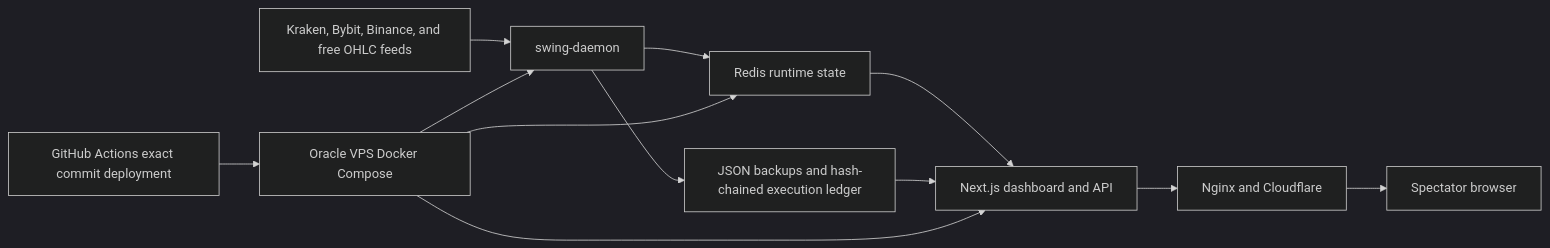
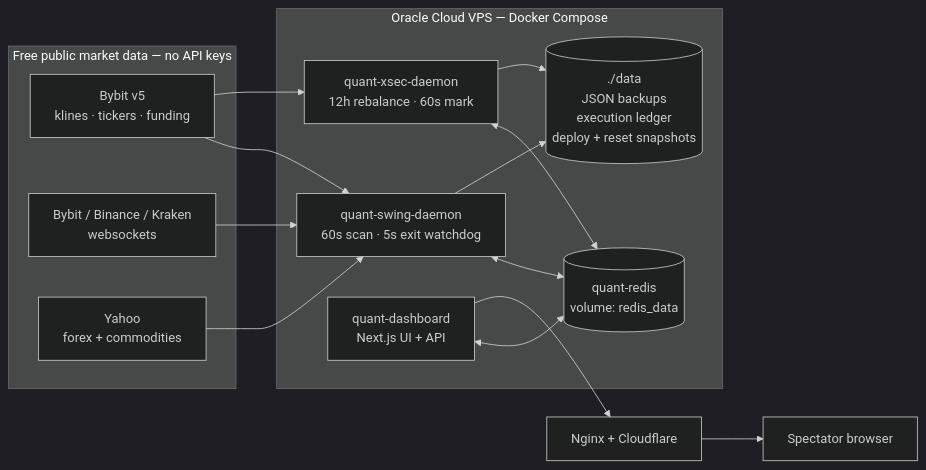
The second of 6 diagrams in docs/ARCHITECTURE.md (tejashendre/AI-paper-trading-agent), drawn with Mermaid (dark theme) before and after one commit. The commit also changed other lines of this file and 2 other files, not shown here.

First line of the commit message:
fix: make the dashboard state what is actually true

````diff
--- a/docs/ARCHITECTURE.md
+++ b/docs/ARCHITECTURE.md
@@ -22,14 +59,29 @@
 ```mermaid
 flowchart LR
-    E["Kraken, Bybit, Binance, and free OHLC feeds"] --> D["swing-daemon"]
-    D --> R["Redis runtime state"]
-    D --> F["JSON backups and hash-chained execution ledger"]
-    R --> W["Next.js dashboard and API"]
-    F --> W
-    W --> N["Nginx and Cloudflare"]
-    N --> U["Spectator browser"]
-    G["GitHub Actions exact commit deployment"] --> V["Oracle VPS Docker Compose"]
-    V --> D
-    V --> W
-    V --> R
+    subgraph FREE["Free public market data — no API keys"]
+        BYBIT["Bybit v5<br/>klines · tickers · funding"]
+        WS["Bybit / Binance / Kraken<br/>websockets"]
+        YAHOO["Yahoo<br/>forex + commodities"]
+    end
+
+    subgraph ORACLE["Oracle Cloud VPS — Docker Compose"]
+        SWINGD["quant-swing-daemon<br/>60s scan · 5s exit watchdog"]
+        XSECD["quant-xsec-daemon<br/>12h rebalance · 60s mark"]
+        DASH["quant-dashboard<br/>Next.js UI + API"]
+        REDIS[("quant-redis<br/>volume: redis_data")]
+        FILES[("./data<br/>JSON backups<br/>execution ledger<br/>deploy + reset snapshots")]
+    end
+
+    BYBIT --> SWINGD
+    BYBIT --> XSECD
+    WS --> SWINGD
+    YAHOO --> SWINGD
+
+    SWINGD <--> REDIS
+    XSECD <--> REDIS
+    DASH <--> REDIS
+    SWINGD --> FILES
+    XSECD --> FILES
+
+    DASH --> NGINX["Nginx + Cloudflare"] --> USER["Spectator browser"]
 ```
````
